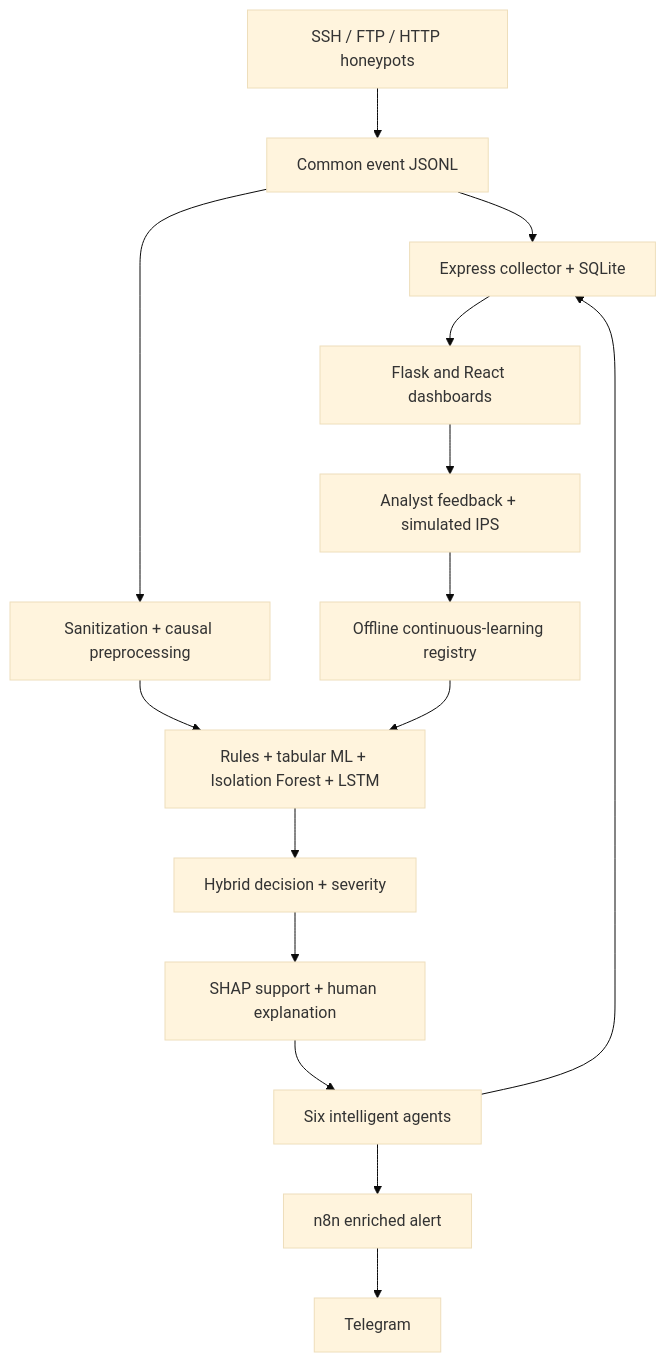
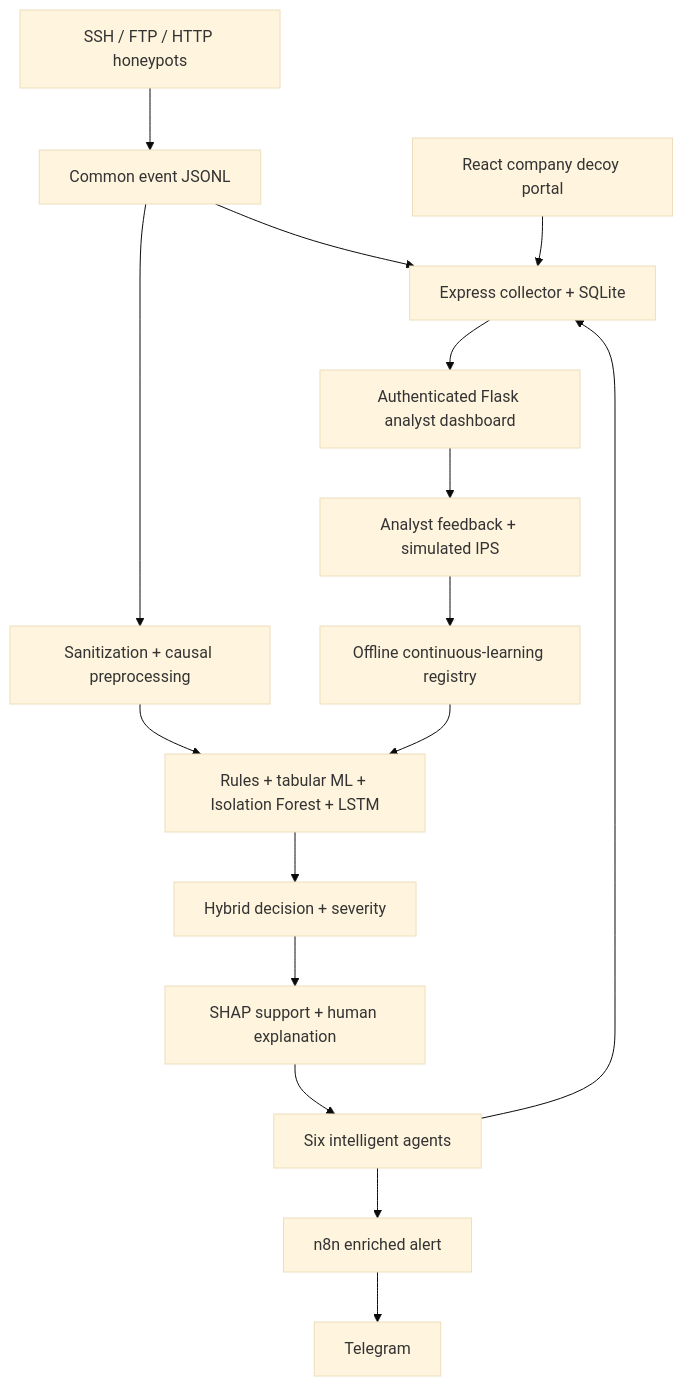
The first of 2 diagrams in CURRENT_SYSTEM_WORKFLOW.md (GAUM-G/CyberXAI), drawn with Mermaid (base theme) before and after one commit. The commit also changed other lines of this file and 27 other files, not shown here.

Commit message:
feat: separate decoy portal and restore attack alerts

````diff
--- a/CURRENT_SYSTEM_WORKFLOW.md
+++ b/CURRENT_SYSTEM_WORKFLOW.md
@@ -9,17 +9,18 @@
 ```mermaid
 flowchart TD
     H["SSH / FTP / HTTP honeypots"] --> L["Common event JSONL"]
     L --> B["Express collector + SQLite"]
     L --> P["Sanitization + causal preprocessing"]
     P --> I["Rules + tabular ML + Isolation Forest + LSTM"]
     I --> S["Hybrid decision + severity"]
     S --> X["SHAP support + human explanation"]
     X --> A["Six intelligent agents"]
     A --> B
-    B --> D["Flask and React dashboards"]
+    B --> D["Authenticated Flask analyst dashboard"]
+    R["React company decoy portal"] --> B
     A --> N["n8n enriched alert"]
     N --> T["Telegram"]
     D --> F["Analyst feedback + simulated IPS"]
     F --> C["Offline continuous-learning registry"]
     C --> I
 ```
````
